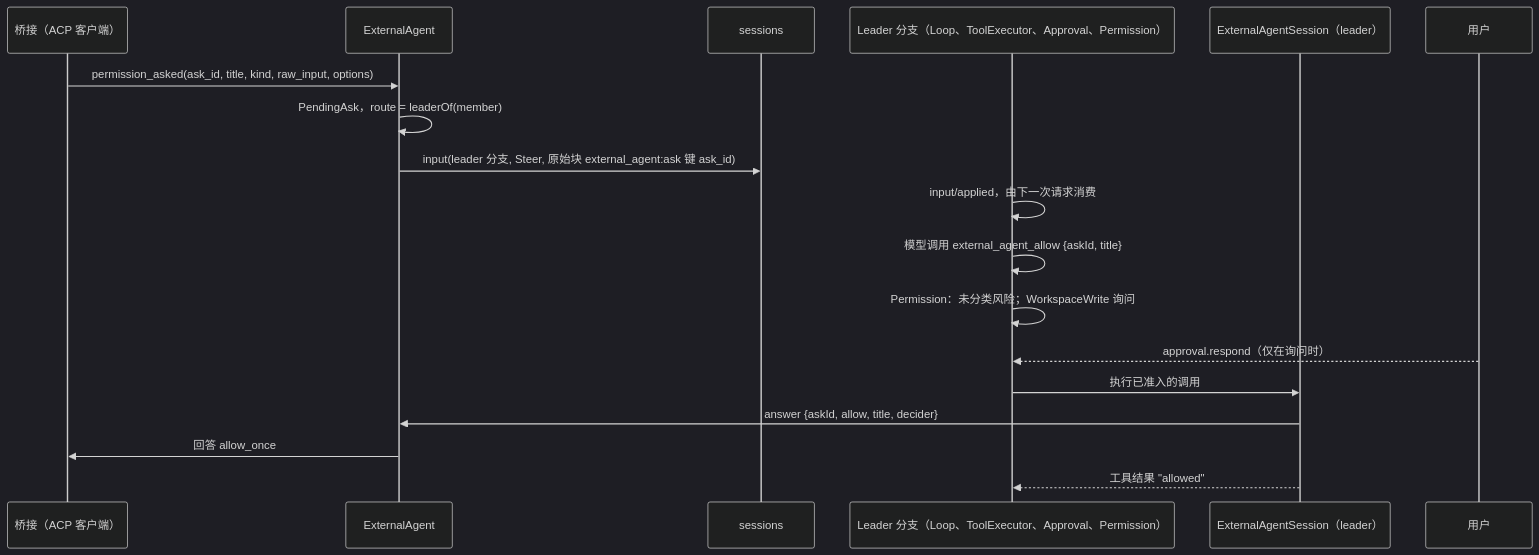
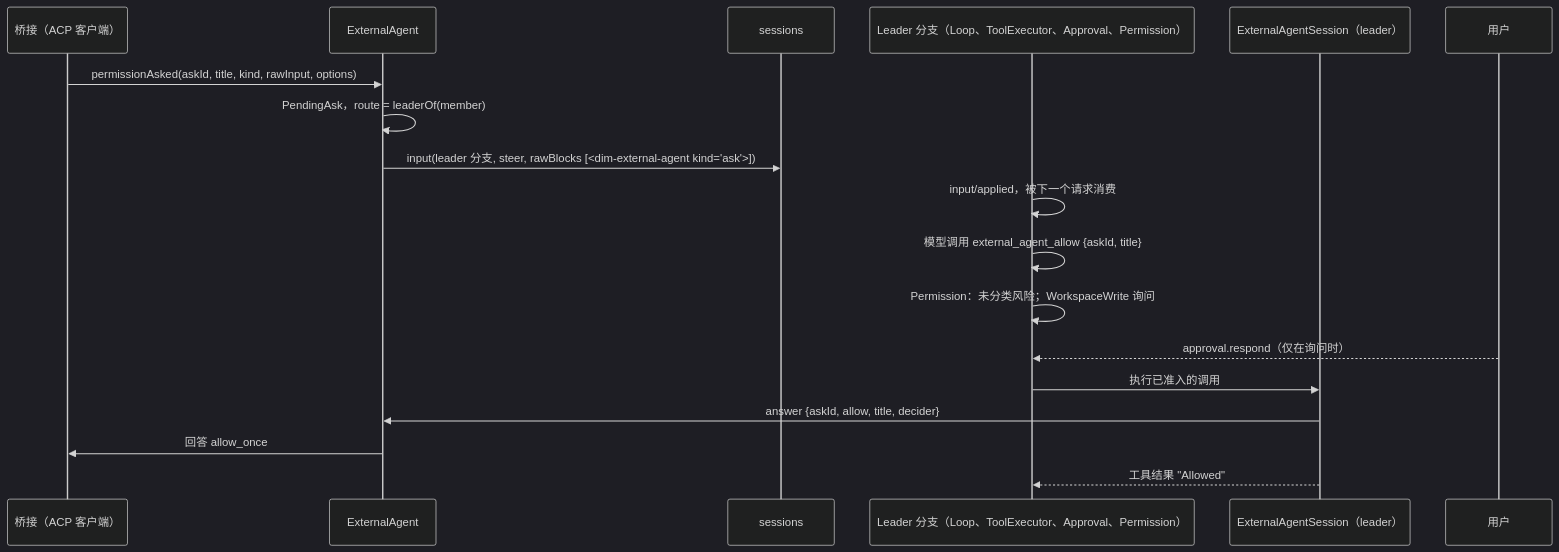
One commit to CoutinhoTTS/dim-agent changed the fourth of 5 diagrams in docs/zh/design/plugins/ExternalAgent.md. Above: the diagram before and after it, drawn with Mermaid (dark theme). The commit also changed other lines of this file and 7 other files, not shown here.

First line of the commit message:
docs(external-agent): bring ExternalAgent design to a Ready candidate

````diff
--- a/docs/zh/design/plugins/ExternalAgent.md
+++ b/docs/zh/design/plugins/ExternalAgent.md
@@ -208,20 +227,20 @@
 ```mermaid
 sequenceDiagram
   participant BR as 桥接（ACP 客户端）
   participant EA as ExternalAgent
   participant SA as sessions
   participant LB as Leader 分支（Loop、ToolExecutor、Approval、Permission）
   participant ES as ExternalAgentSession（leader）
   participant U as 用户
-  BR->>EA: permission_asked(ask_id, title, kind, raw_input, options)
+  BR->>EA: permissionAsked(askId, title, kind, rawInput, options)
   EA->>EA: PendingAsk，route = leaderOf(member)
-  EA->>SA: input(leader 分支, Steer, 原始块 external_agent:ask 键 ask_id)
-  LB->>LB: input/applied，由下一次请求消费
+  EA->>SA: input(leader 分支, steer, rawBlocks [<dim-external-agent kind="ask">])
+  LB->>LB: input/applied，被下一个请求消费
   LB->>LB: 模型调用 external_agent_allow {askId, title}
   LB->>LB: Permission：未分类风险；WorkspaceWrite 询问
   U-->>LB: approval.respond（仅在询问时）
   LB->>ES: 执行已准入的调用
   ES->>EA: answer {askId, allow, title, decider}
   EA->>BR: 回答 allow_once
-  ES-->>LB: 工具结果 "allowed"
+  ES-->>LB: 工具结果 "Allowed"
 ```
````
